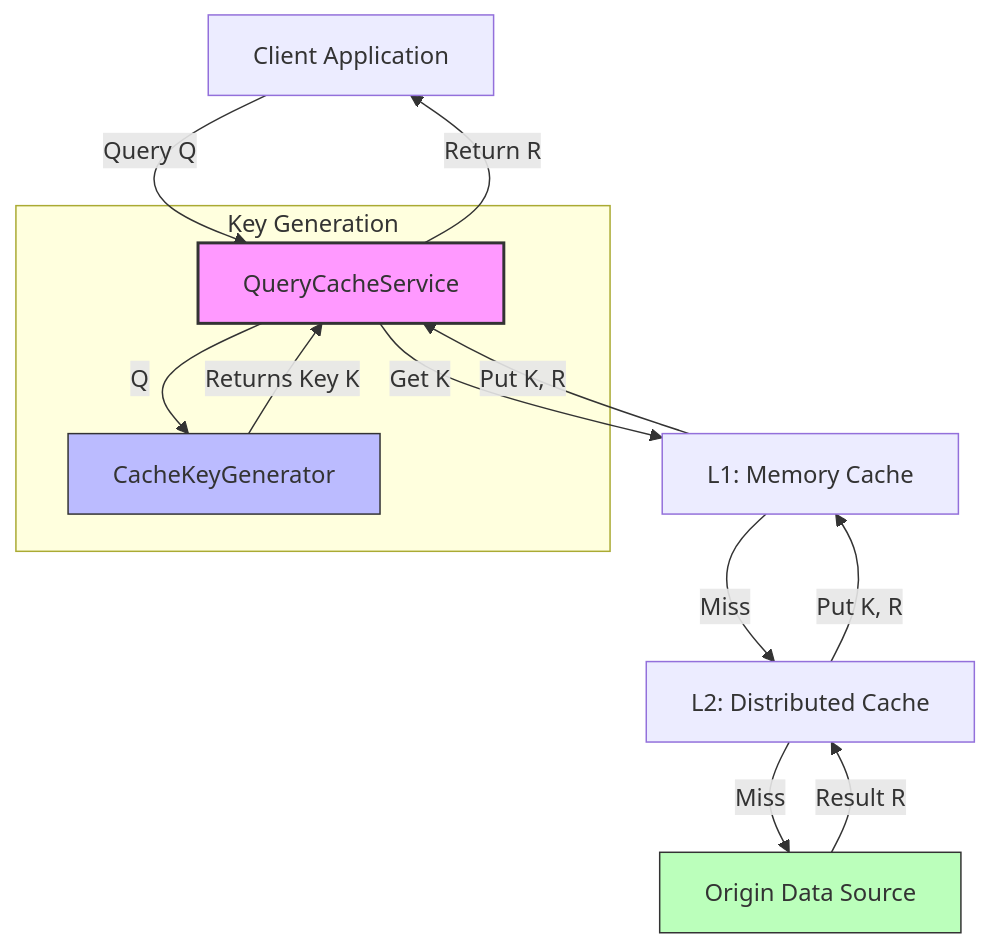
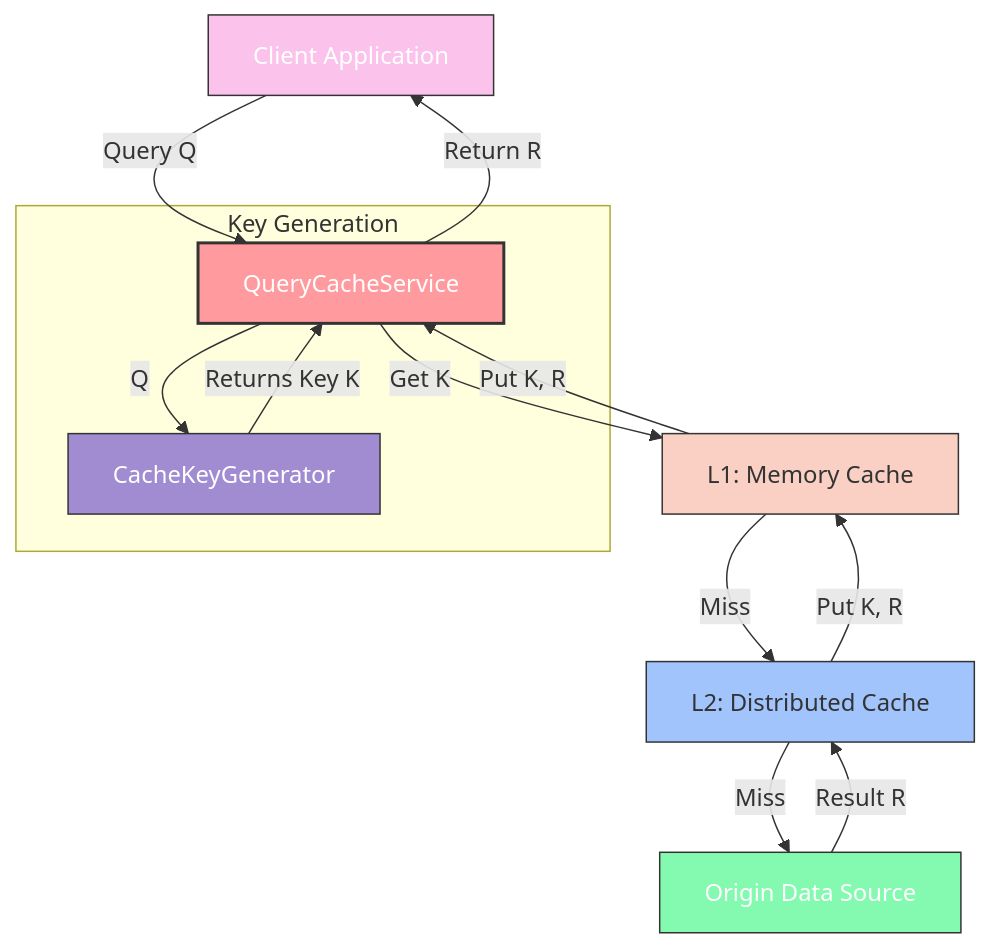
Before and after one commit to pradhyu/query-cache-service: the first of 2 diagrams in README.md, drawn with Mermaid.

Commit message:
Update Mermaid diagram colors

````diff
--- a/README.md
+++ b/README.md
@@ -16,22 +16,25 @@
 ```mermaid
 graph TD
     Client[Client Application] -->|Query Q| Service[QueryCacheService]
     
     subgraph "Key Generation"
         Service -->|Q| KG[CacheKeyGenerator]
         KG -->|Returns Key K| Service
     end
     
     Service -->|Get K| L1[L1: Memory Cache]
     L1 -->|Miss| L2[L2: Distributed Cache]
     L2 -->|Miss| Origin[Origin Data Source]
     
     Origin -->|Result R| L2
     L2 -->|Put K, R| L1
     L1 -->|Put K, R| Service
     Service -->|Return R| Client
     
-    style Service fill:#f9f,stroke:#333,stroke-width:2px
-    style KG fill:#bbf,stroke:#333
-    style Origin fill:#bfb,stroke:#333
+    style Service fill:#ff9a9e,stroke:#333,stroke-width:2px,color:#fff
+    style KG fill:#a18cd1,stroke:#333,color:#fff
+    style Origin fill:#84fab0,stroke:#333,color:#fff
+    style Client fill:#fbc2eb,stroke:#333,color:#fff
+    style L1 fill:#fad0c4,stroke:#333
+    style L2 fill:#a1c4fd,stroke:#333
 ```
````
